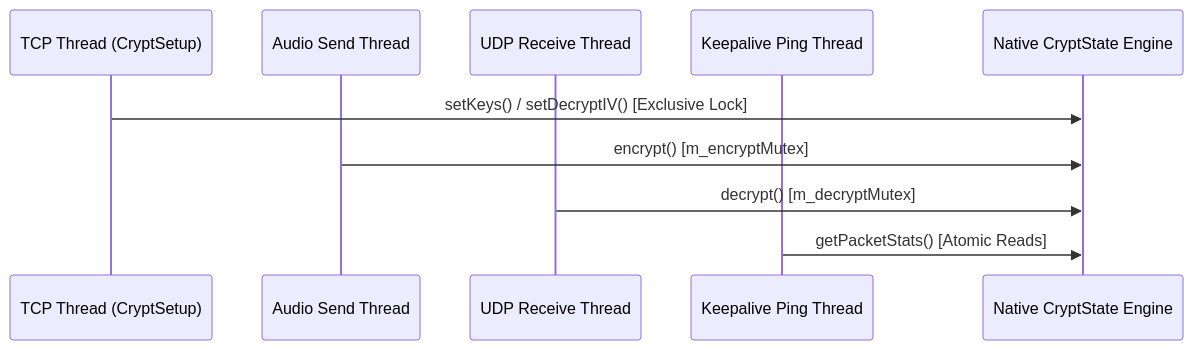
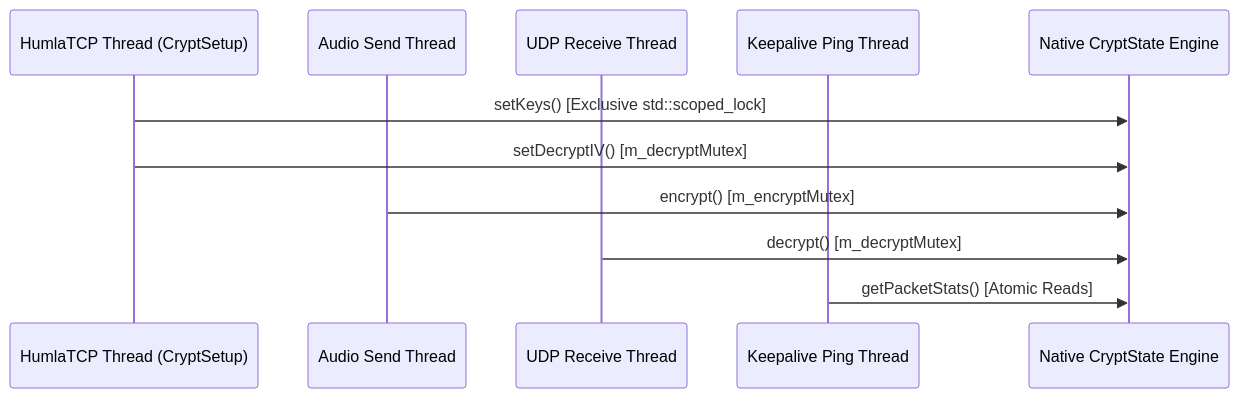
The second of 3 diagrams in docs/power-draw-optimizations/native-ocb2-crypto.md (360ied/mumla-oled), drawn with Mermaid before and after one commit. The commit also changed other lines of this file, not shown here.

First line of the commit message:
docs: correct native OCB2 crypto architecture doc

````diff
--- a/docs/power-draw-optimizations/native-ocb2-crypto.md
+++ b/docs/power-draw-optimizations/native-ocb2-crypto.md
@@ -283,13 +291,14 @@
 ```mermaid
 sequenceDiagram
-    participant Netty as TCP Thread (CryptSetup)
+    participant TCP as HumlaTCP Thread (CryptSetup)
     participant Capture as Audio Send Thread
     participant Receiver as UDP Receive Thread
     participant Ping as Keepalive Ping Thread
     participant Native as Native CryptState Engine
 
-    Netty->>Native: setKeys() / setDecryptIV() [Exclusive Lock]
+    TCP->>Native: setKeys() [Exclusive std::scoped_lock]
+    TCP->>Native: setDecryptIV() [m_decryptMutex]
     Capture->>Native: encrypt() [m_encryptMutex]
     Receiver->>Native: decrypt() [m_decryptMutex]
     Ping->>Native: getPacketStats() [Atomic Reads]
 ```
````
